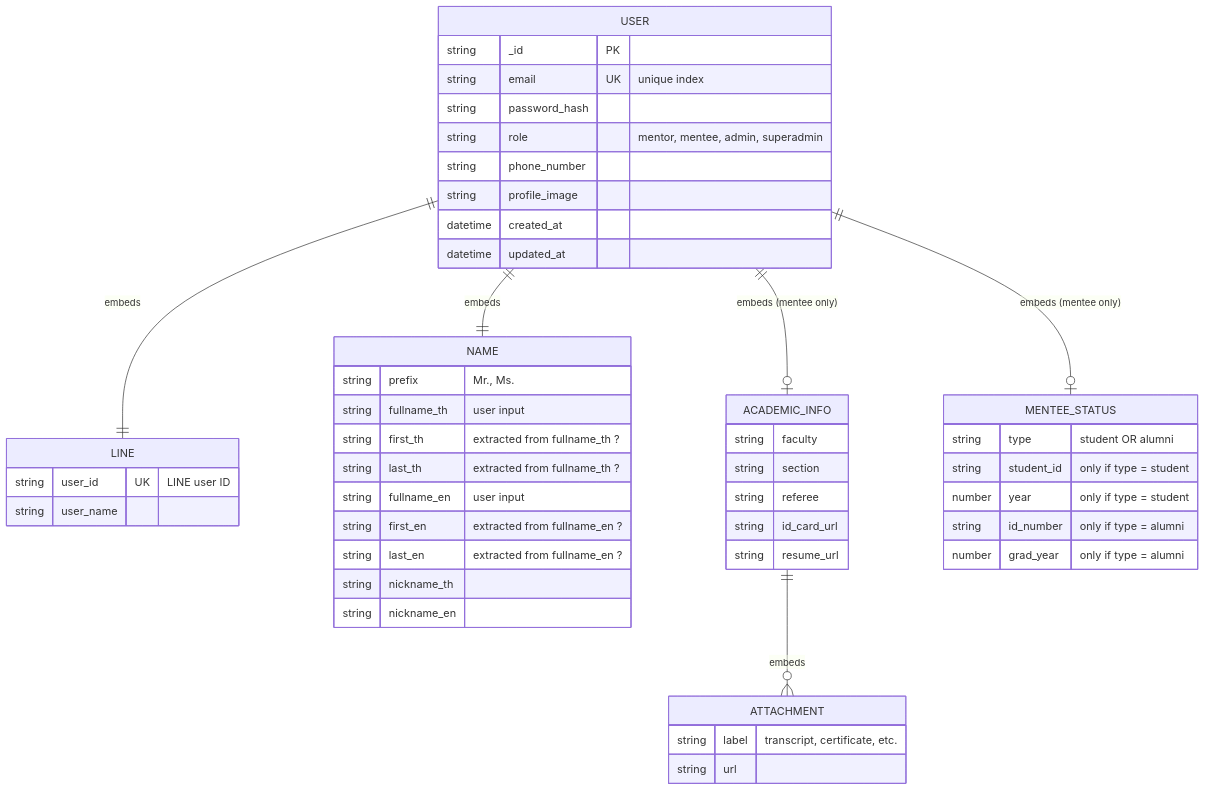
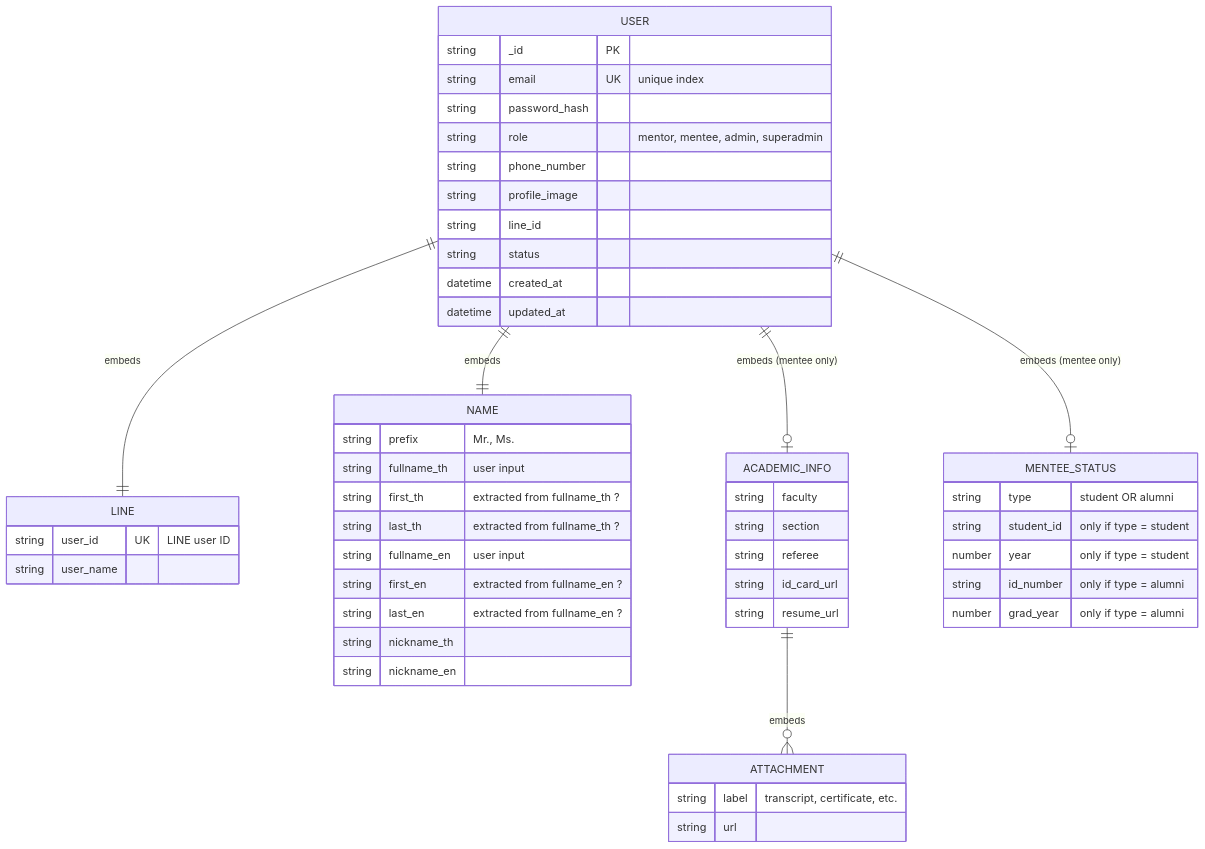
The first of 2 diagrams in week1_data-modeling/user-schema.md (dhanavadh/wise-homework), drawn with Mermaid before and after one commit. The commit also changed other lines of this file, not shown here.

Commit message:
add status to user

````diff
--- a/week1_data-modeling/user-schema.md
+++ b/week1_data-modeling/user-schema.md
@@ -6,57 +6,59 @@
 ```mermaid
 erDiagram
     USER {
         string _id PK
         string email UK "unique index"
         string password_hash
         string role "mentor, mentee, admin, superadmin"
         string phone_number
         string profile_image
+        string line_id
+        string status
         datetime created_at
         datetime updated_at
     }
 
     LINE {
         string user_id UK "LINE user ID"
         string user_name
     }
 
     NAME {
         string prefix "Mr., Ms."
         string fullname_th "user input"
         string first_th "extracted from fullname_th ?"
         string last_th "extracted from fullname_th ?"
         string fullname_en "user input"
         string first_en "extracted from fullname_en ?"
         string last_en "extracted from fullname_en ?"
         string nickname_th
         string nickname_en
     }
 
     ACADEMIC_INFO {
         string faculty
         string section
         string referee
         string id_card_url
         string resume_url
     }
 
     ATTACHMENT {
         string label "transcript, certificate, etc."
         string url
     }
 
     MENTEE_STATUS {
         string type "student OR alumni"
         string student_id "only if type = student"
         number year "only if type = student"
         string id_number "only if type = alumni"
         number grad_year "only if type = alumni"
     }
 
     USER ||--|| LINE : "embeds"
     USER ||--|| NAME : "embeds"
     USER ||--o| ACADEMIC_INFO : "embeds (mentee only)"
     USER ||--o| MENTEE_STATUS : "embeds (mentee only)"
     ACADEMIC_INFO ||--o{ ATTACHMENT : "embeds"
 ```
````
